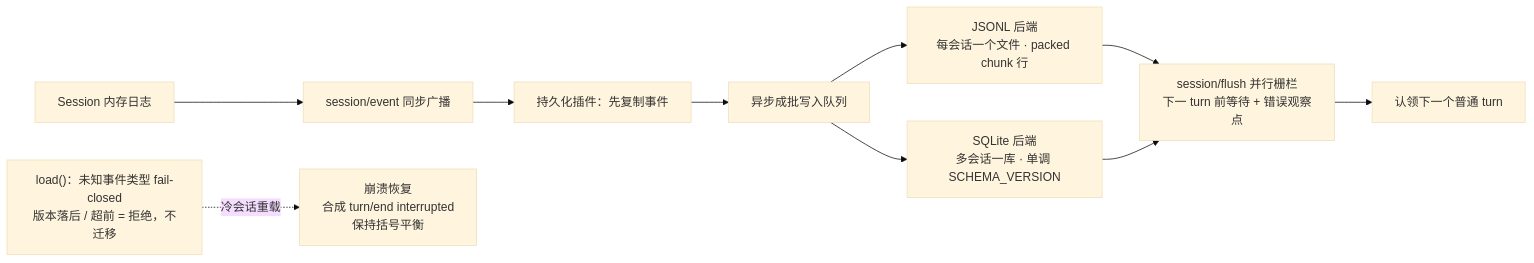
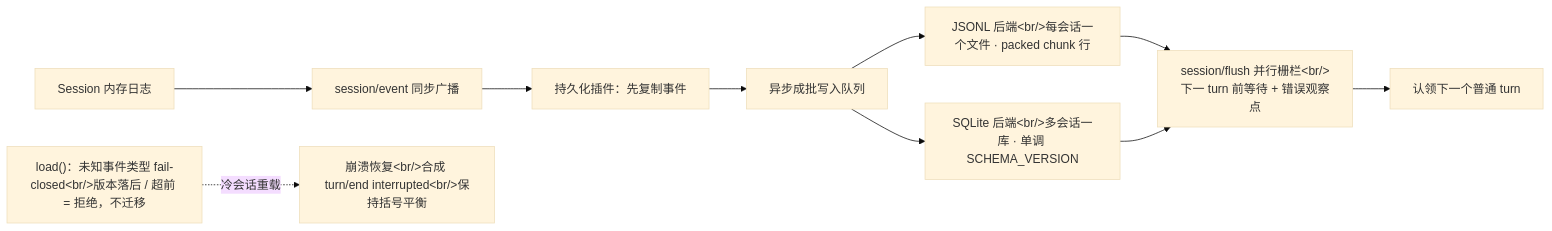
Before and after one commit to ZZKeepCurious/mini-deepseek-harness-python: the third of 5 diagrams in docs/report/03-flows.md, drawn with Mermaid (base theme). The commit also changed other lines of this file and 27 other files, not shown here.

````diff
--- a/docs/report/03-flows.md
+++ b/docs/report/03-flows.md
@@ -120,20 +120,20 @@
 ```mermaid
 flowchart LR
   S["Session 内存日志"]
   EVT["session/event 同步广播"]
   P["持久化插件：先复制事件"]
   Q["异步成批写入队列"]
-  J["JSONL 后端<br/>每会话一个文件 · packed chunk 行"]
-  QL["SQLite 后端<br/>多会话一库 · 单调 SCHEMA_VERSION"]
-  F["session/flush 并行栅栏<br/>下一 turn 前等待 + 错误观察点"]
+  J["JSONL 后端&lt;br/&gt;每会话一个文件 · packed chunk 行"]
+  QL["SQLite 后端&lt;br/&gt;多会话一库 · 单调 SCHEMA_VERSION"]
+  F["session/flush 并行栅栏&lt;br/&gt;下一 turn 前等待 + 错误观察点"]
   NEXT["认领下一个普通 turn"]
-  LOAD["load()：未知事件类型 fail-closed<br/>版本落后 / 超前 = 拒绝，不迁移"]
-  INT["崩溃恢复<br/>合成 turn/end interrupted<br/>保持括号平衡"]
+  LOAD["load()：未知事件类型 fail-closed&lt;br/&gt;版本落后 / 超前 = 拒绝，不迁移"]
+  INT["崩溃恢复&lt;br/&gt;合成 turn/end interrupted&lt;br/&gt;保持括号平衡"]
   S --> EVT --> P --> Q
   Q --> J
   Q --> QL
   J --> F
   QL --> F
   F --> NEXT
   LOAD -.冷会话重载.-> INT
 ```
````
